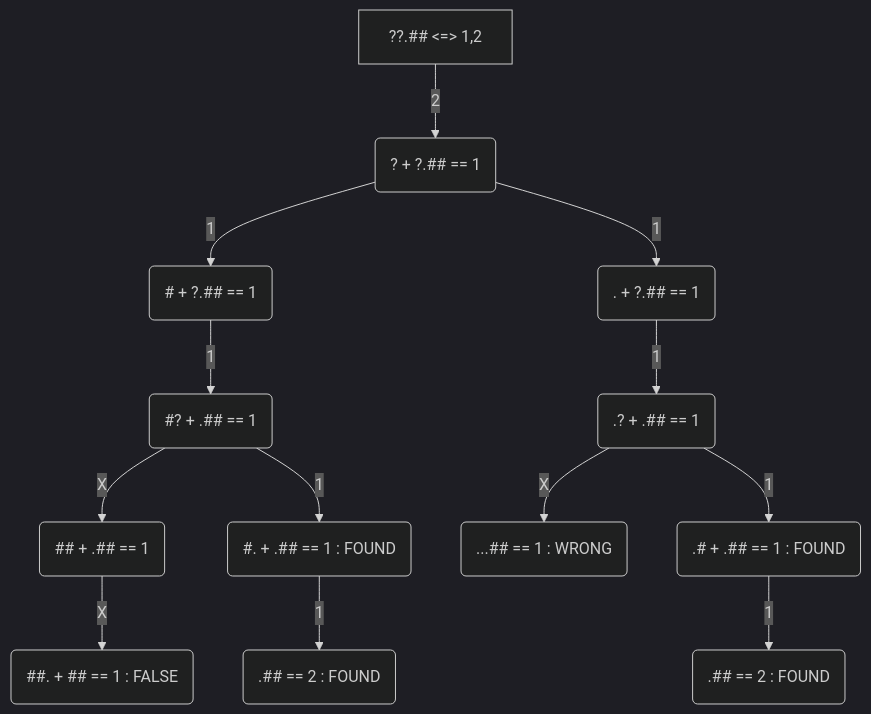
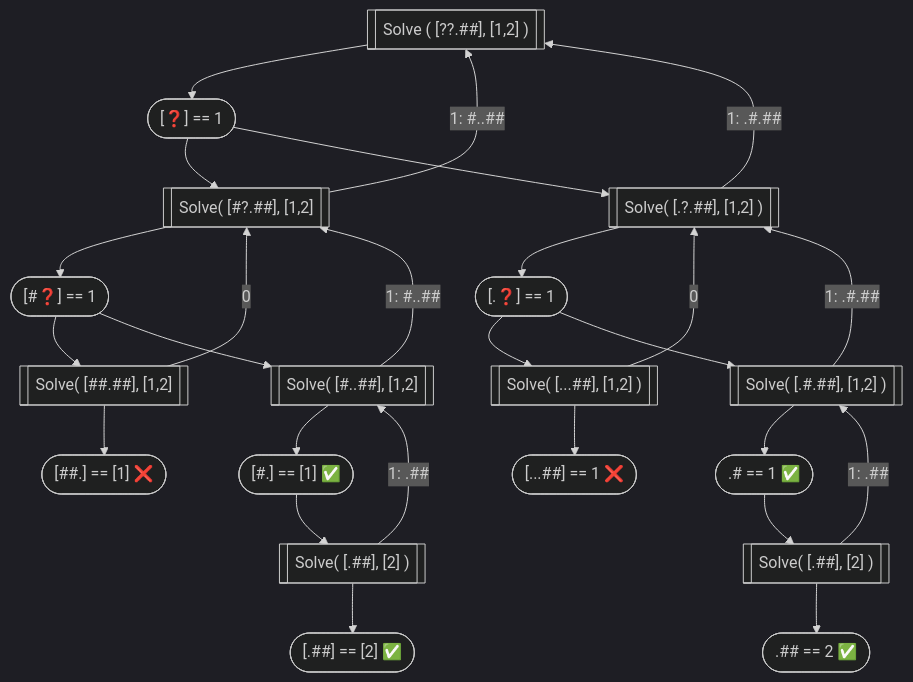
One commit to gvelim/advent2023 changed the diagram in src/bin/day12/README.md. Above: the diagram before and after it, drawn with Mermaid (dark theme). The commit also changed other lines of this file, not shown here.

````diff
--- a/src/bin/day12/README.md
+++ b/src/bin/day12/README.md
@@ -91,12 +114,23 @@
 ```mermaid
 graph TD
-    A[??.## <=> 1,2] -- 2 --> B(? + ?.## == 1)
-    B -- 1 --> C(# + ?.## == 1) -- 1 --> E(#? + .## == 1)
-    B -- 1 --> D(. + ?.## == 1)
-    E -- X --> G(## + .## == 1) -- X --> H(##. + ## == 1 : FALSE)
-    E -- 1 --> F(#. + .## == 1 : FOUND)
-    F -- 1 --> I(.## == 2 : FOUND)
-    D -- 1 --> J(.? + .## == 1)
-    J -- X --> L(...## == 1 : WRONG)
-    J -- 1 --> K(.# + .## == 1 : FOUND) -- 1 --> M(.## == 2 : FOUND)
+    A[["Solve ( [??.##], [1,2] )"]] --> B(["[❓] == 1"])
+    B --> C[["Solve( [#?.##], [1,2]"]] 
+        C --> E(["[#❓] == 1"]) 
+            C -- "1: #..##" --> A
+            E --> G[["Solve( [##.##], [1,2]"]] -- 0 --> C
+                G --> H(["[##.] == [1] ❌"])
+            E --> F[["Solve( [#..##], [1,2]"]] -- "1: #..##" --> C
+                F --> F1 
+                    F1(["[#.] == [1] ✅"]) --> I
+                        I[["Solve( [.##], [2] )"]] -- "1: .##" --> F
+                        I --> IA(["[.##] == [2] ✅"])
+    B --> D[["Solve( [.?.##], [1,2] )"]] -- "1: .#.##" --> A
+        D --> J(["[.❓] == 1"])
+            J --> L -- 0 --> D 
+                L[["Solve( [...##], [1,2] )"]] --> O
+                O(["[...##] == 1 ❌"])
+            J --> K[["Solve( [.#.##], [1,2] )"]] -- "1: .#.##" --> D
+                K --> M([".# == 1 ✅"]) 
+                    M --> P[["Solve( [.##], [2] )"]] -- "1: .##" --> K
+                    P --> Q([".## == 2 ✅"])
 ```
````
